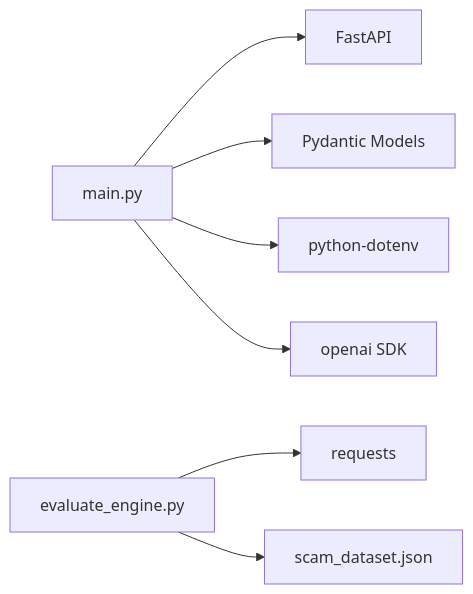
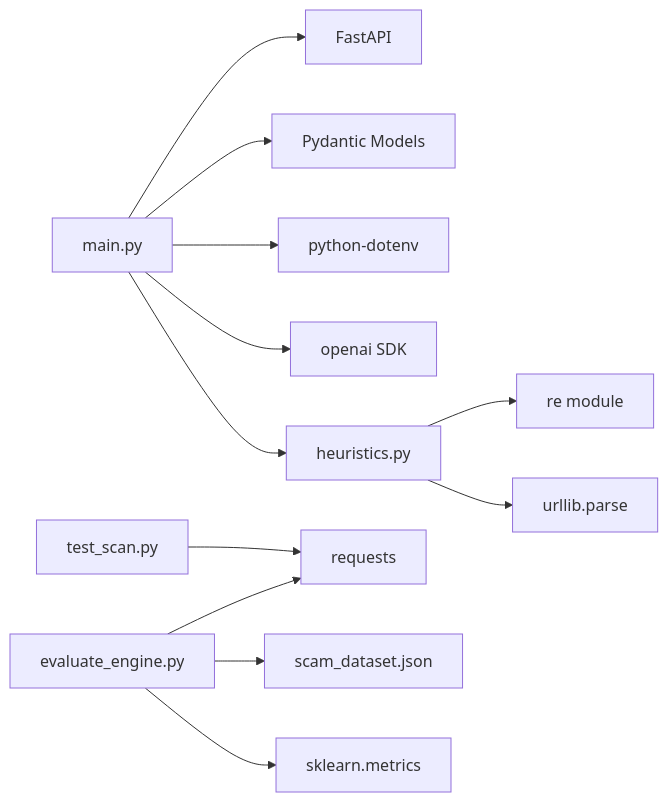
Before and after one commit to Aymanaahh/scrollguard-ai: the fifth of 5 diagrams in .qoder/repowiki/en/content/Backend API Documentation.md, drawn with Mermaid. The commit also changed other lines of this file and 36 other files, not shown here.

````diff
--- a/.qoder/repowiki/en/content/Backend API Documentation.md
+++ b/.qoder/repowiki/en/content/Backend API Documentation.md
@@ -251,9 +390,14 @@
 ```mermaid
 graph LR
 Main["main.py"] --> FastAPI["FastAPI"]
 Main --> Pydantic["Pydantic Models"]
 Main --> DotEnv["python-dotenv"]
 Main --> OpenAIClient["openai SDK"]
+Main --> Heuristics["heuristics.py"]
+Heuristics --> Re["re module"]
+Heuristics --> URLLib["urllib.parse"]
 Eval["evaluate_engine.py"] --> Requests["requests"]
 Eval --> Dataset["scam_dataset.json"]
+Eval --> Sklearn["sklearn.metrics"]
+TestScan["test_scan.py"] --> Requests
 ```
````
